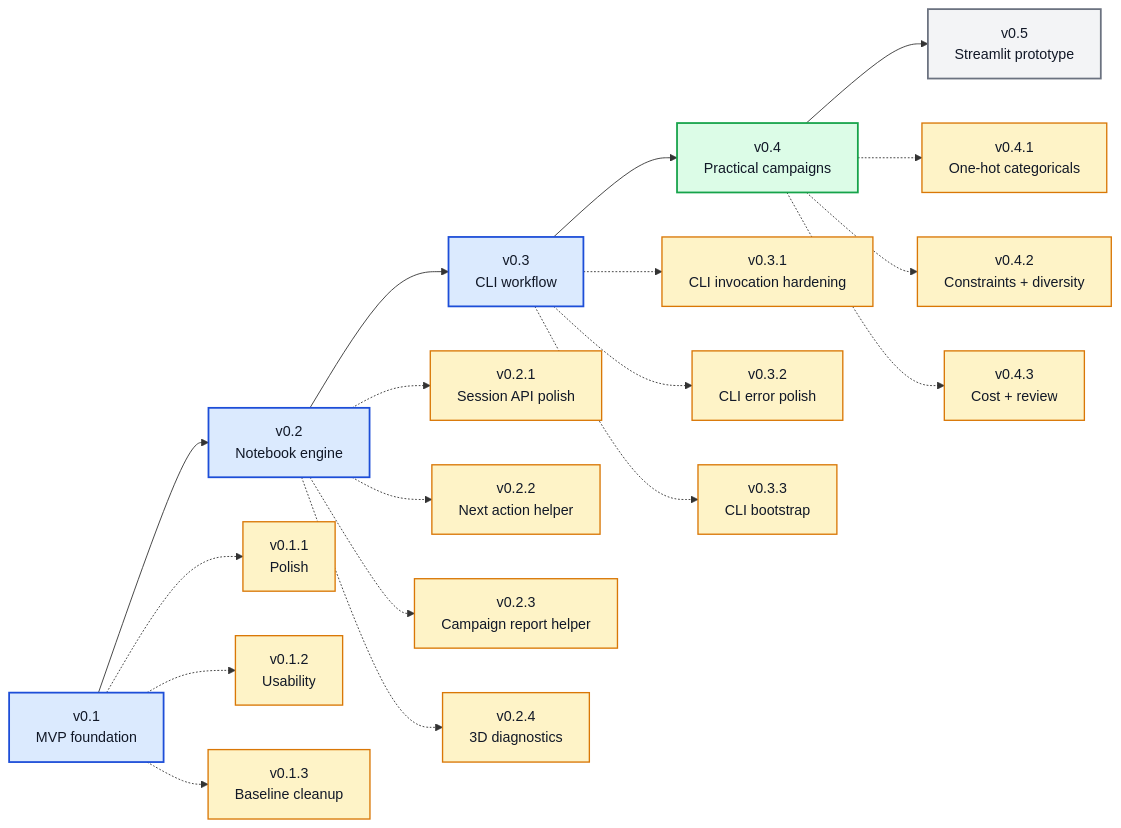
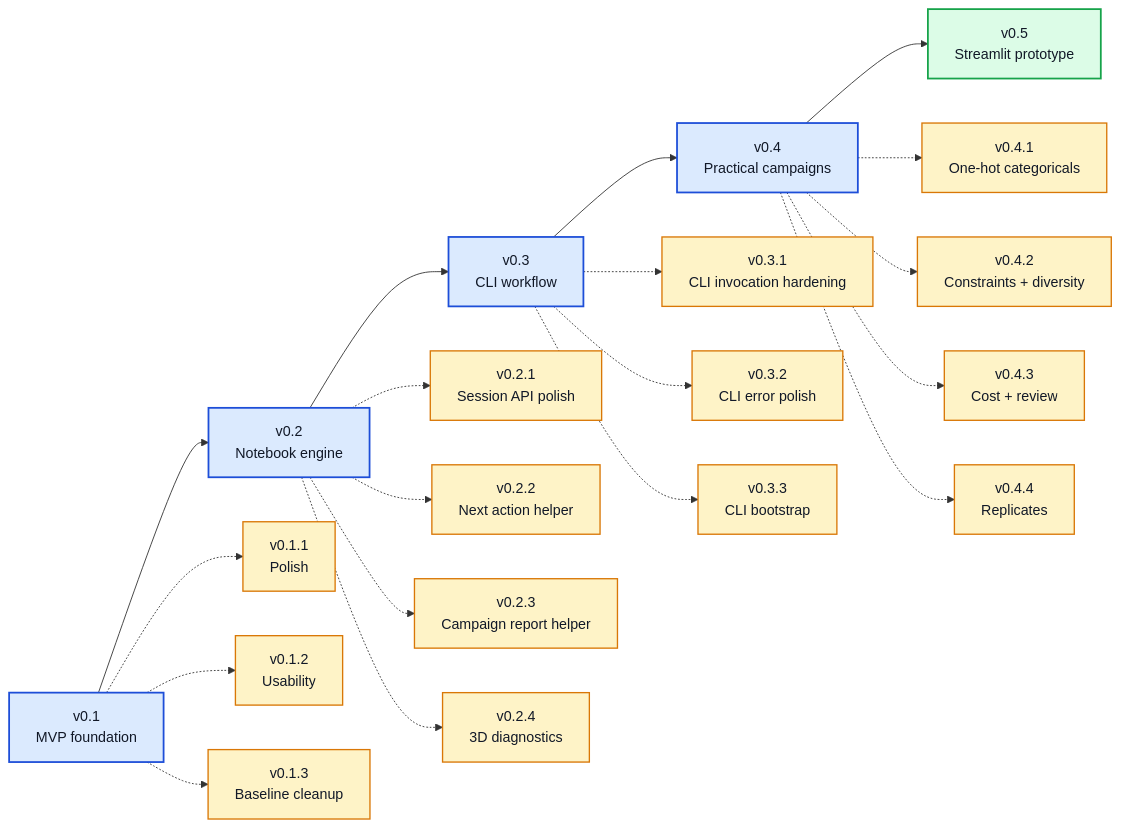
Before and after one commit to angzeli/bo-forge: the diagram in ROADMAP.md, drawn with Mermaid. The commit also changed other lines of this file and 28 other files, not shown here.

````diff
--- a/ROADMAP.md
+++ b/ROADMAP.md
@@ -7,42 +7,43 @@
 ```mermaid
 flowchart LR
     v01["v0.1<br/>MVP foundation"] --> v02["v0.2<br/>Notebook engine"] --> v03["v0.3<br/>CLI workflow"] --> v04["v0.4<br/>Practical campaigns"] --> v05["v0.5<br/>Streamlit prototype"]
 
     v011["v0.1.1<br/>Polish"]
     v012["v0.1.2<br/>Usability"]
     v013["v0.1.3<br/>Baseline cleanup"]
     v021["v0.2.1<br/>Session API polish"]
     v022["v0.2.2<br/>Next action helper"]
     v023["v0.2.3<br/>Campaign report helper"]
     v024["v0.2.4<br/>3D diagnostics"]
     v031["v0.3.1<br/>CLI invocation hardening"]
     v032["v0.3.2<br/>CLI error polish"]
     v033["v0.3.3<br/>CLI bootstrap"]
     v041["v0.4.1<br/>One-hot categoricals"]
     v042["v0.4.2<br/>Constraints + diversity"]
     v043["v0.4.3<br/>Cost + review"]
+    v044["v0.4.4<br/>Replicates"]
     
     v01 -.-> v011
     v01 -.-> v012
     v01 -.-> v013
     v02 -.-> v021
     v02 -.-> v022
     v02 -.-> v023
     v02 -.-> v024
     v03 -.-> v031
     v03 -.-> v032
     v03 -.-> v033
     v04 -.-> v041
     v04 -.-> v042
     v04 -.-> v043
+    v04 -.-> v044
     
-    class v01,v02,v03 majorDone
-    class v04 majorNext
-    class v05 majorFuture
-    class v011,v012,v013,v021,v022,v023,v024,v031,v032,v033,v041,v042,v043 patchDone
+    class v01,v02,v03,v04 majorDone
+    class v05 majorNext
+    class v011,v012,v013,v021,v022,v023,v024,v031,v032,v033,v041,v042,v043,v044 patchDone
 
     classDef majorDone fill:#dbeafe,stroke:#1d4ed8,stroke-width:2px,color:#111827;
     classDef majorNext fill:#dcfce7,stroke:#16a34a,stroke-width:2px,color:#111827;
     classDef majorFuture fill:#f3f4f6,stroke:#6b7280,stroke-width:2px,color:#111827;
     classDef patchDone fill:#fef3c7,stroke:#d97706,stroke-width:1.5px,color:#111827;
 ```
````
